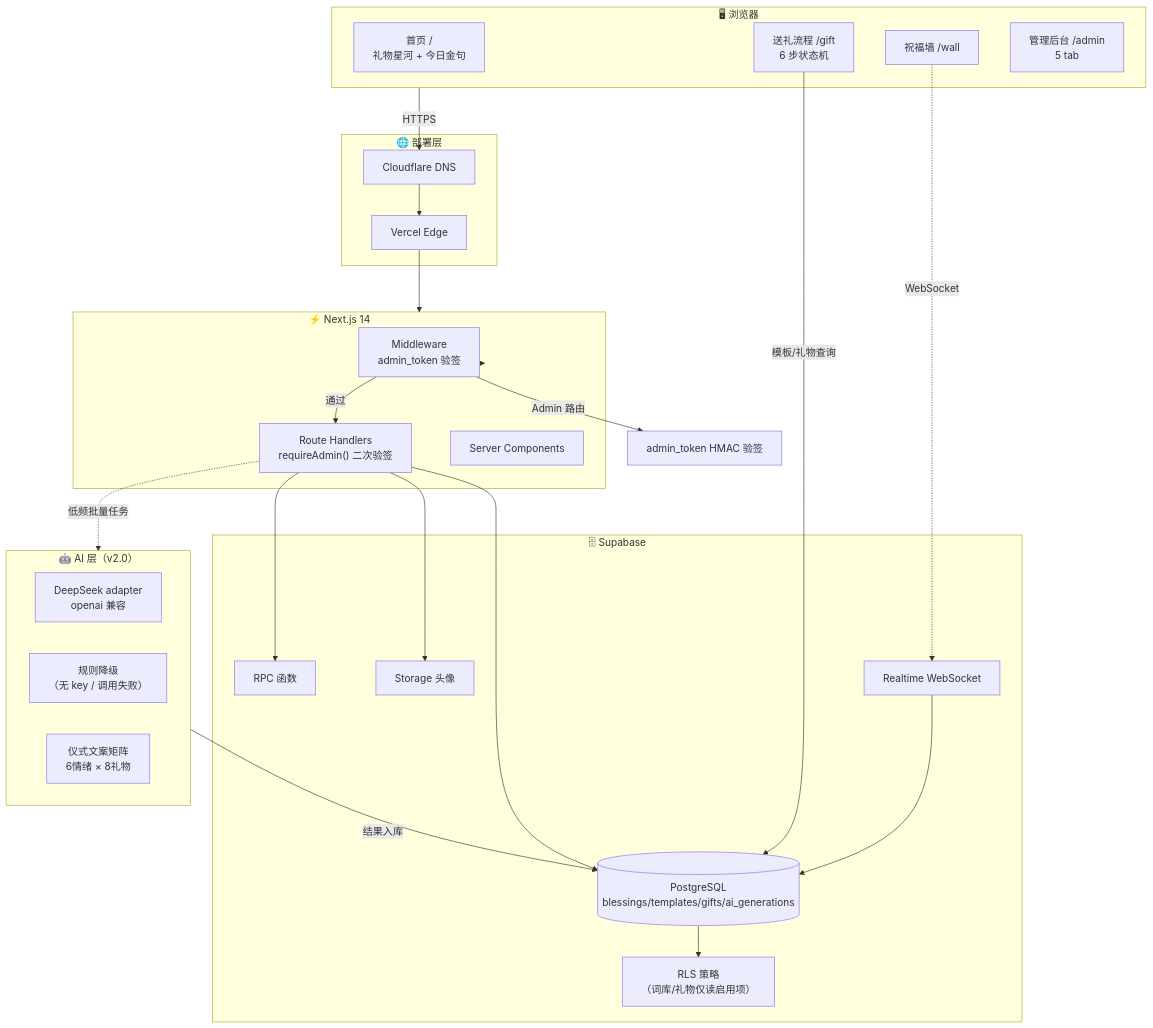
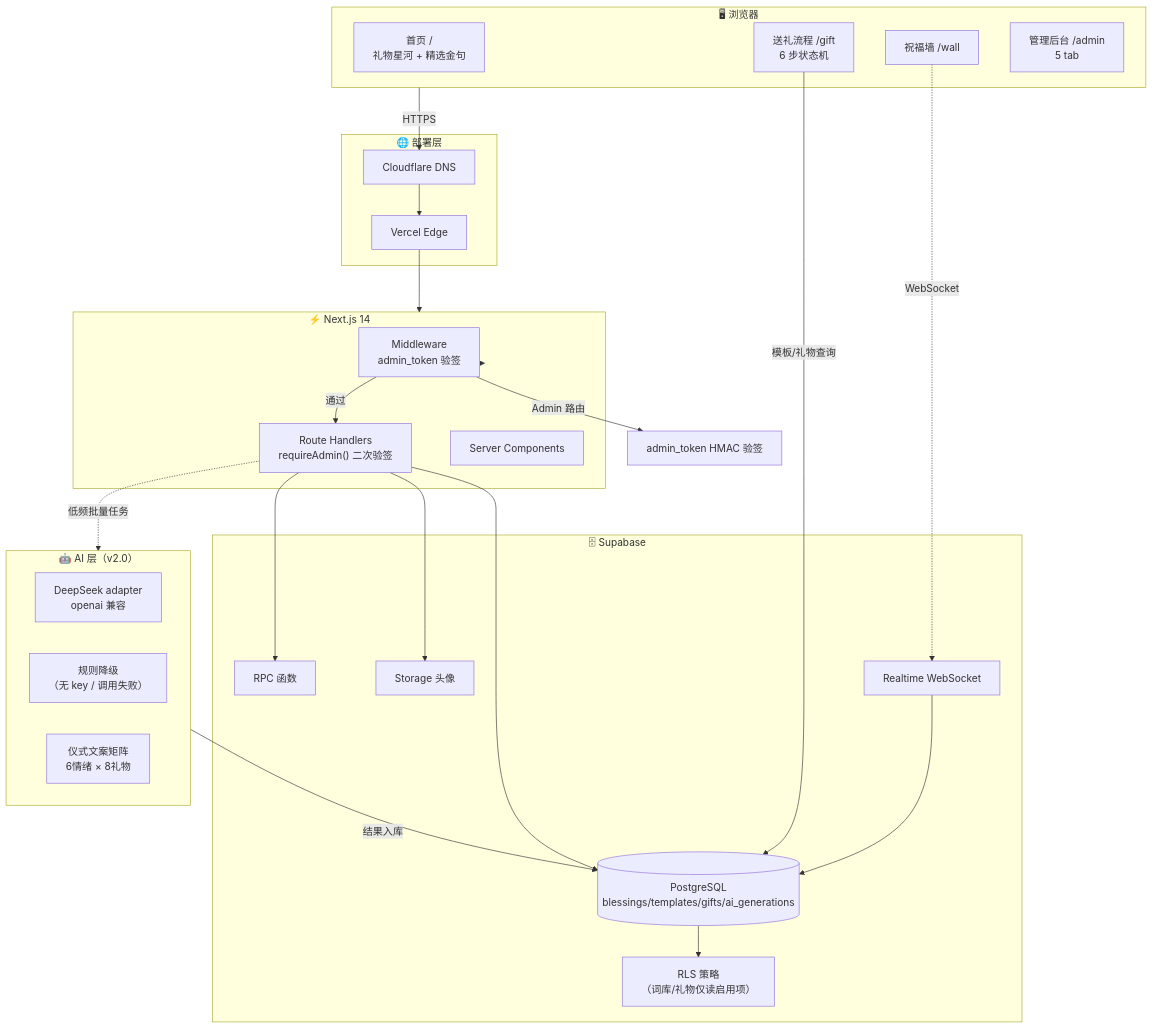
One commit to shh32010/Teacher-wishes changed the second of 5 diagrams in docs/ARCHITECTURE.md. Above: the diagram before and after it, drawn with Mermaid. The commit also changed other lines of this file and 5 other files, not shown here.

````diff
--- a/docs/ARCHITECTURE.md
+++ b/docs/ARCHITECTURE.md
@@ -218,50 +218,50 @@
 ```mermaid
 flowchart TB
     subgraph Client["🖥 浏览器"]
-        Home["首页 /\n礼物星河 + 今日金句"]
+        Home["首页 /\n礼物星河 + 精选金句"]
         Gift["送礼流程 /gift\n6 步状态机"]
         Wall["祝福墙 /wall"]
         Admin["管理后台 /admin\n5 tab"]
     end
 
     subgraph Next["⚡ Next.js 14"]
         Middleware["Middleware\nadmin_token 验签"]
         API["Route Handlers\nrequireAdmin() 二次验签"]
         SSR["Server Components"]
     end
 
     subgraph AI["🤖 AI 层（v2.0）"]
         Adapter["DeepSeek adapter\nopenai 兼容"]
         Fallback["规则降级\n（无 key / 调用失败）"]
         Matrix["仪式文案矩阵\n6情绪 × 8礼物"]
     end
 
     subgraph Supabase["🗄 Supabase"]
         PG[("PostgreSQL\nblessings/templates/gifts/ai_generations")]
         RLS["RLS 策略\n（词库/礼物仅读启用项）"]
         RPC["RPC 函数"]
         RT["Realtime WebSocket"]
         Storage["Storage 头像"]
     end
 
     subgraph CDN["🌐 部署层"]
         Vercel["Vercel Edge"]
         CF["Cloudflare DNS"]
     end
 
     Client -->|HTTPS| CF
     CF --> Vercel
     Vercel --> Next
     Next --> Middleware
     Middleware -->|Admin 路由| Token["admin_token HMAC 验签"]
     Middleware -->|通过| API
     API --> PG
     API --> Storage
     API --> RPC
     API -.->|低频批量任务| AI
     AI -->|结果入库| PG
     PG --> RLS
     Gift -->|模板/礼物查询| PG
     Wall -.->|WebSocket| RT
     RT --> PG
 ```
````
